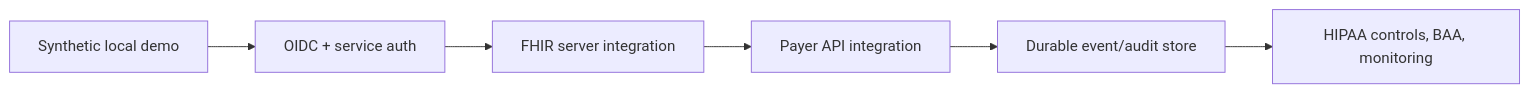
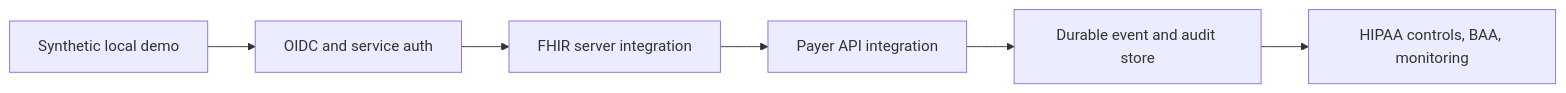
Before and after one commit to roshaninfordham/healthagentpassport: the second of 2 diagrams in docs/security-model.md, drawn with Mermaid. The commit also changed other lines of this file and 14 other files, not shown here.

Commit message:
Fix GitHub diagrams and simplify landing page

````diff
--- a/docs/security-model.md
+++ b/docs/security-model.md
@@ -56,8 +56,8 @@
 ```mermaid
 flowchart LR
-  Demo[Synthetic local demo] --> Auth[OIDC + service auth]
-  Auth --> Fhir[FHIR server integration]
-  Fhir --> Payer[Payer API integration]
-  Payer --> Store[Durable event/audit store]
-  Store --> Compliance[HIPAA controls, BAA, monitoring]
+  Demo["Synthetic local demo"] --> Auth["OIDC and service auth"]
+  Auth --> Fhir["FHIR server integration"]
+  Fhir --> Payer["Payer API integration"]
+  Payer --> Store["Durable event and audit store"]
+  Store --> Compliance["HIPAA controls, BAA, monitoring"]
 ```
````
